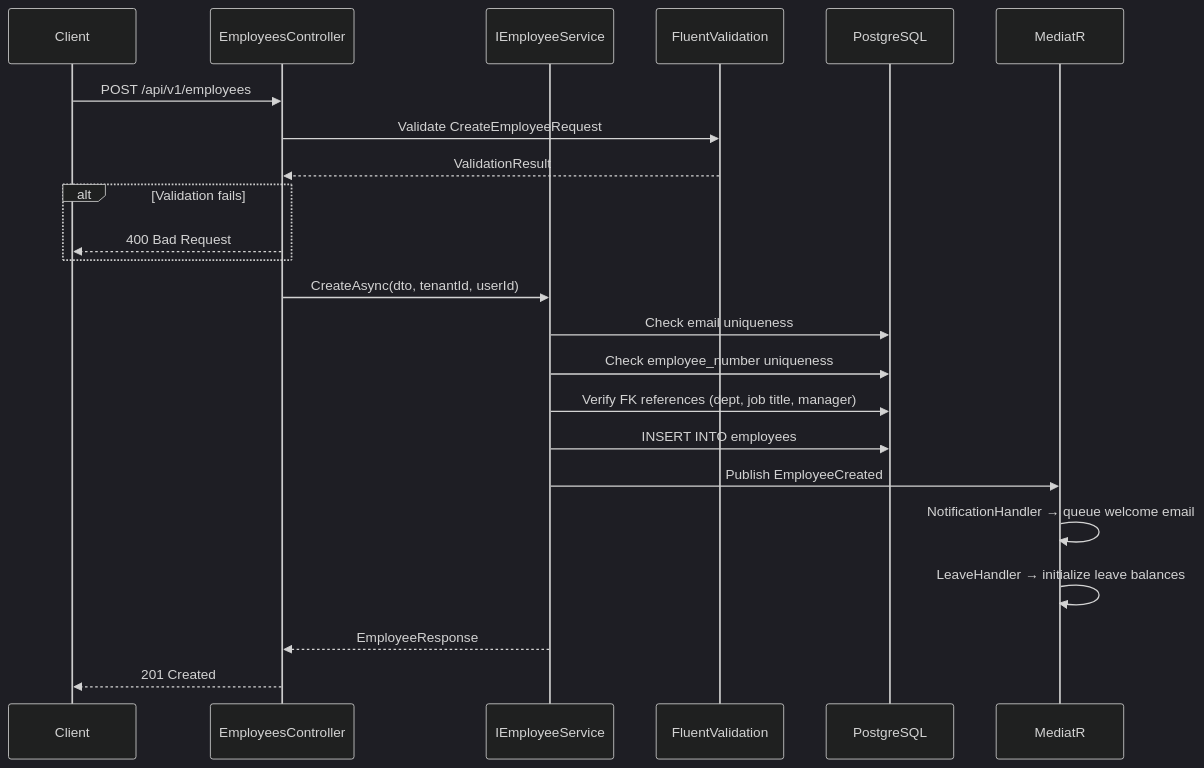
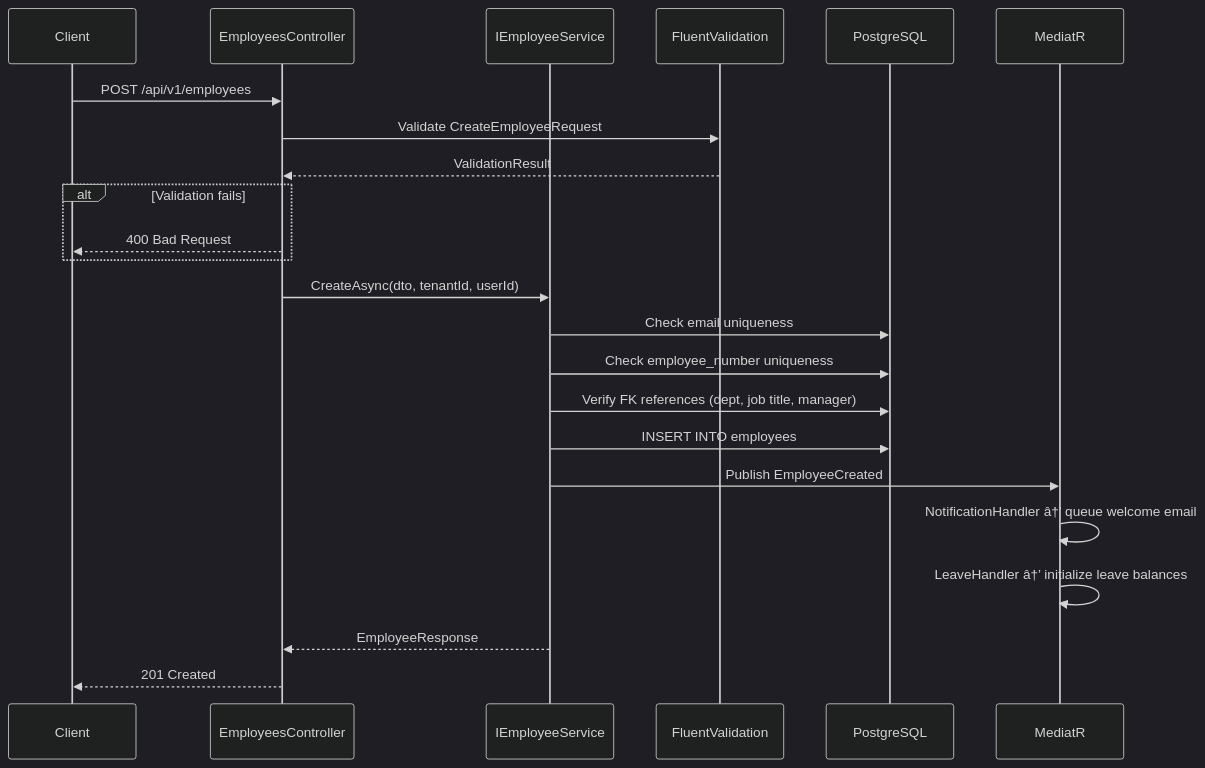
One commit to Thivaharan-25/OneVo-HR changed the diagram in modules/core-hr/employee-profiles/end-to-end-logic.md. Above: the diagram before and after it, drawn with Mermaid (dark theme). The commit also changed other lines of this file and 89 other files, not shown here.

````diff
--- a/modules/core-hr/employee-profiles/end-to-end-logic.md
+++ b/modules/core-hr/employee-profiles/end-to-end-logic.md
@@ -87,26 +87,26 @@
 ```mermaid
 sequenceDiagram
     participant Client
     participant Controller as EmployeesController
     participant Service as IEmployeeService
     participant Validator as FluentValidation
     participant DB as PostgreSQL
     participant Bus as MediatR
 
     Client->>Controller: POST /api/v1/employees
     Controller->>Validator: Validate CreateEmployeeRequest
     Validator-->>Controller: ValidationResult
     alt Validation fails
         Controller-->>Client: 400 Bad Request
     end
     Controller->>Service: CreateAsync(dto, tenantId, userId)
     Service->>DB: Check email uniqueness
     Service->>DB: Check employee_number uniqueness
     Service->>DB: Verify FK references (dept, job title, manager)
     Service->>DB: INSERT INTO employees
     Service->>Bus: Publish EmployeeCreated
-    Bus->>Bus: NotificationHandler → queue welcome email
-    Bus->>Bus: LeaveHandler → initialize leave balances
+    Bus->>Bus: NotificationHandler â†’ queue welcome email
+    Bus->>Bus: LeaveHandler â†’ initialize leave balances
     Service-->>Controller: EmployeeResponse
     Controller-->>Client: 201 Created
 ```
````
